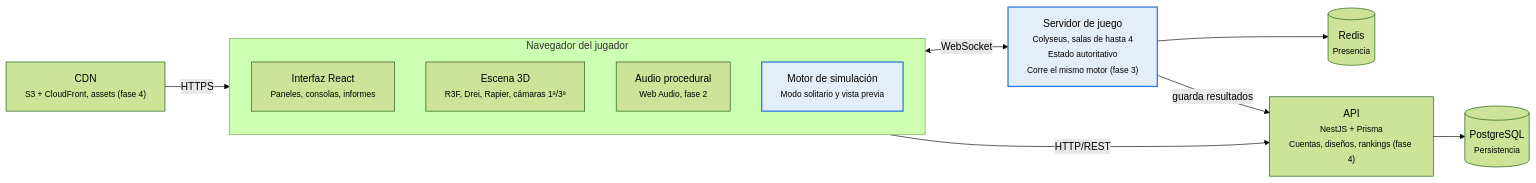
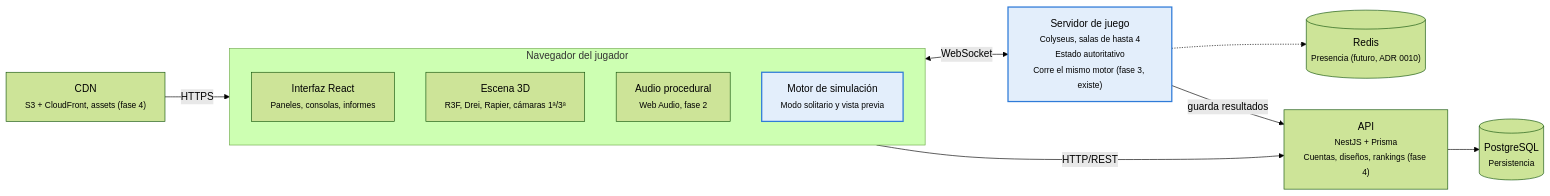
Before and after one commit to katsevi/payload: the diagram in docs/ARCHITECTURE.md, drawn with Mermaid (forest theme). The commit also changed other lines of this file and 9 other files, not shown here.

````diff
--- a/docs/ARCHITECTURE.md
+++ b/docs/ARCHITECTURE.md
@@ -12,22 +13,22 @@
 ```mermaid
 flowchart LR
     subgraph NAV["Navegador del jugador"]
         UI["Interfaz React<br/><small>Paneles, consolas, informes</small>"]
         ESC["Escena 3D<br/><small>R3F, Drei, Rapier, cámaras 1ª/3ª</small>"]
         AUD["Audio procedural<br/><small>Web Audio, fase 2</small>"]
         SIM1["Motor de simulación<br/><small>Modo solitario y vista previa</small>"]
     end
     CDN["CDN<br/><small>S3 + CloudFront, assets (fase 4)</small>"]
-    GS["Servidor de juego<br/><small>Colyseus, salas de hasta 4<br/>Estado autoritativo<br/>Corre el mismo motor (fase 3)</small>"]
+    GS["Servidor de juego<br/><small>Colyseus, salas de hasta 4<br/>Estado autoritativo<br/>Corre el mismo motor (fase 3, existe)</small>"]
     API["API<br/><small>NestJS + Prisma<br/>Cuentas, diseños, rankings (fase 4)</small>"]
-    RED[("Redis<br/><small>Presencia</small>")]
+    RED[("Redis<br/><small>Presencia (futuro, ADR 0010)</small>")]
     PG[("PostgreSQL<br/><small>Persistencia</small>")]
     CDN -- HTTPS --> NAV
     NAV <-- WebSocket --> GS
     NAV -- "HTTP/REST" --> API
-    GS --> RED
+    GS -.-> RED
     GS -- "guarda resultados" --> API
     API --> PG
     style SIM1 fill:#e3eefb,stroke:#2f7bd8,stroke-width:2px
     style GS fill:#e3eefb,stroke:#2f7bd8,stroke-width:2px
 ```
````
